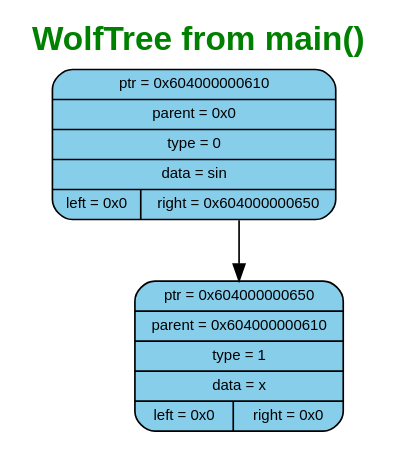
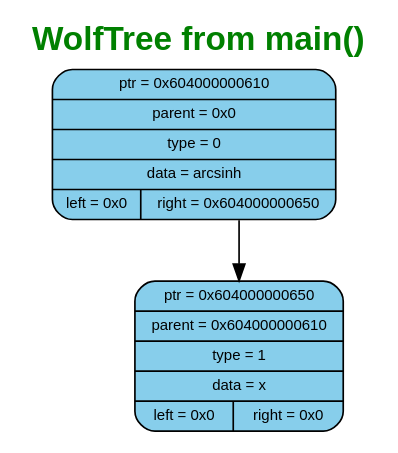
One commit to murugov/WolframSigma changed the diagram in WOLFRAM_SIGMA/ReportFiles/graphs/graph0/wolf.dot. Above: the diagram before and after it, drawn with Graphviz. The commit also changed 25 other files, not shown here.

```diff
--- a/WOLFRAM_SIGMA/ReportFiles/graphs/graph0/wolf.dot
+++ b/WOLFRAM_SIGMA/ReportFiles/graphs/graph0/wolf.dot
@@ -1,17 +1,17 @@
 digraph G {
 	label=<<B>WolfTree from main()</B>>;
 	fontcolor="#008000";
 	fontname="Arial";
 	labelloc="top";
 	labeljust="center";
 	fontsize=20;
 	rankdir=TB;
 	center=true;
 	nodesep=0.5;
 	ranksep=0.5;
 	node[fontsize=9, shape=box, width=0.7, height=0.4, style="filled, rounded", fontname="Arial"];
 
-	n0 [shape=record, label="{ptr = 0x604000000610 | parent = 0x0 | type = 0 | data = sin | {<left> left = 0x0 | <right> right = 0x604000000650}}", fillcolor="#87CEEB", color="black"]
+	n0 [shape=record, label="{ptr = 0x604000000610 | parent = 0x0 | type = 0 | data = arcsinh | {<left> left = 0x0 | <right> right = 0x604000000650}}", fillcolor="#87CEEB", color="black"]
 	n1 [shape=record, label="{ptr = 0x604000000650 | parent = 0x604000000610 | type = 1 | data = x | {<left> left = 0x0 | <right> right = 0x0}}", fillcolor="#87CEEB", color="black"]
 	n0:right -> n1
 }
```
